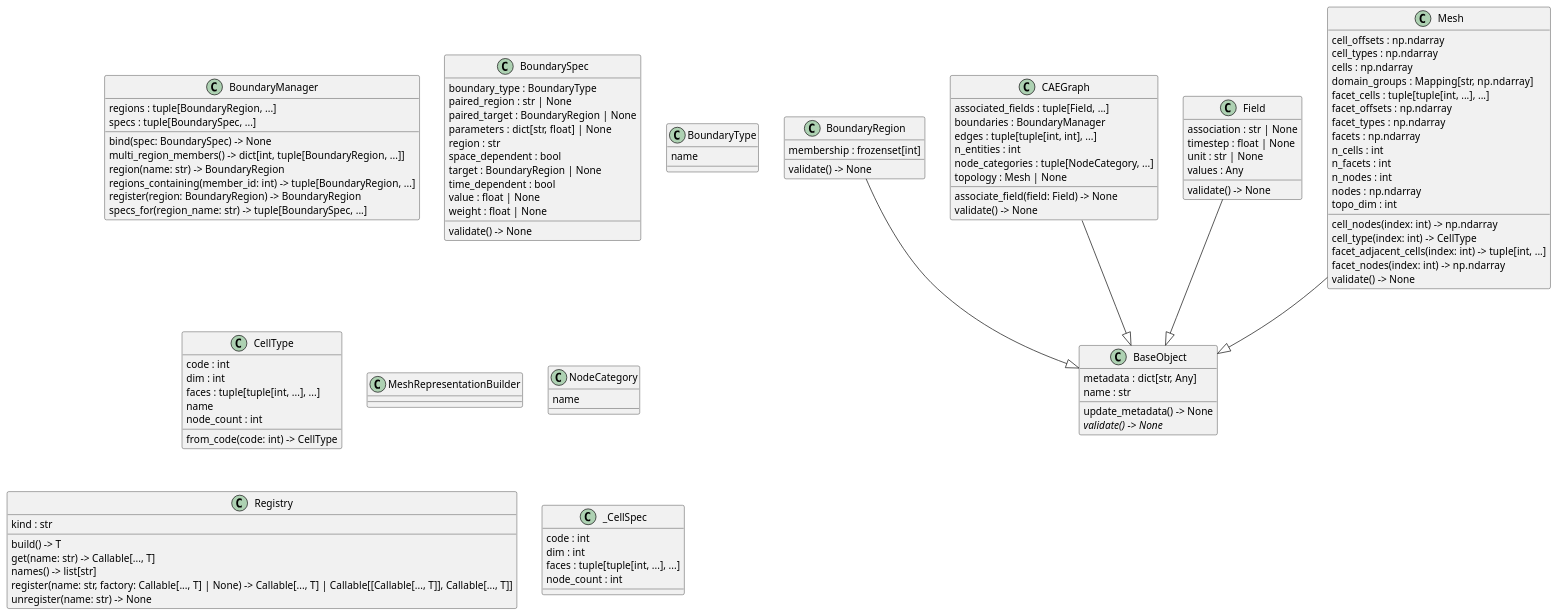
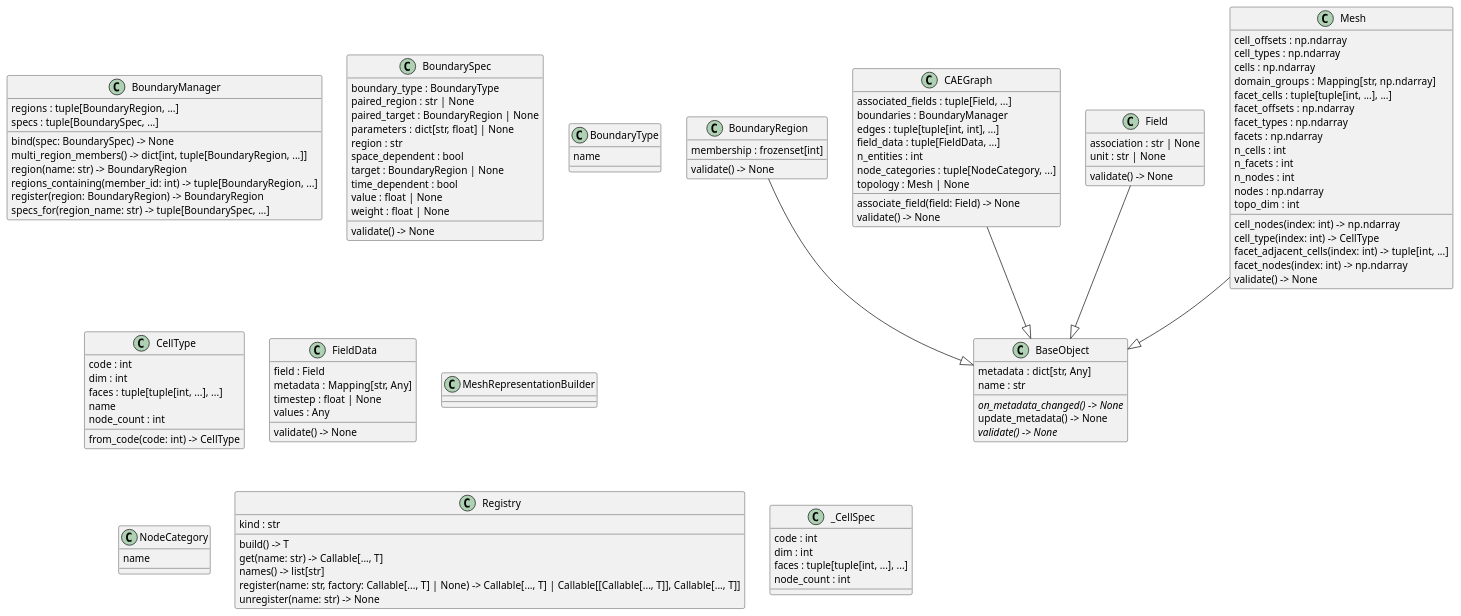
One commit to XYChouMian/caegraph changed the diagram in diagrams/generated/classes_caegraph.puml. Above: the diagram before and after it, drawn with PlantUML. The commit also changed 10 other files, not shown here.

Commit message:
docs: sync changelog, api pages, phase doc and generated uml for the field split

```diff
--- a/diagrams/generated/classes_caegraph.puml
+++ b/diagrams/generated/classes_caegraph.puml
@@ -1,107 +1,114 @@
 @startuml classes_caegraph
 set namespaceSeparator none
 class "BaseObject" as caegraph.core.base.BaseObject {
   metadata : dict[str, Any]
   name : str
+  {abstract}on_metadata_changed() -> None
   update_metadata() -> None
   {abstract}validate() -> None
 }
 class "BoundaryManager" as caegraph.core.boundary.manager.BoundaryManager {
   regions : tuple[BoundaryRegion, ...]
   specs : tuple[BoundarySpec, ...]
   bind(spec: BoundarySpec) -> None
   multi_region_members() -> dict[int, tuple[BoundaryRegion, ...]]
   region(name: str) -> BoundaryRegion
   regions_containing(member_id: int) -> tuple[BoundaryRegion, ...]
   register(region: BoundaryRegion) -> BoundaryRegion
   specs_for(region_name: str) -> tuple[BoundarySpec, ...]
 }
 class "BoundaryRegion" as caegraph.core.boundary.region.BoundaryRegion {
   membership : frozenset[int]
   validate() -> None
 }
 class "BoundarySpec" as caegraph.core.boundary.spec.BoundarySpec {
   boundary_type : BoundaryType
   paired_region : str | None
   paired_target : BoundaryRegion | None
   parameters : dict[str, float] | None
   region : str
   space_dependent : bool
   target : BoundaryRegion | None
   time_dependent : bool
   value : float | None
   weight : float | None
   validate() -> None
 }
 class "BoundaryType" as caegraph.core.enums.BoundaryType {
   name
 }
 class "CAEGraph" as caegraph.core.caegraph.CAEGraph {
   associated_fields : tuple[Field, ...]
   boundaries : BoundaryManager
   edges : tuple[tuple[int, int], ...]
+  field_data : tuple[FieldData, ...]
   n_entities : int
   node_categories : tuple[NodeCategory, ...]
   topology : Mesh | None
   associate_field(field: Field) -> None
   validate() -> None
 }
 class "CellType" as caegraph.core.topology.celltype.CellType {
   code : int
   dim : int
   faces : tuple[tuple[int, ...], ...]
   name
   node_count : int
   from_code(code: int) -> CellType
 }
 class "Field" as caegraph.core.field.Field {
   association : str | None
+  unit : str | None
+  validate() -> None
+}
+class "FieldData" as caegraph.core.field.FieldData {
+  field : Field
+  metadata : Mapping[str, Any]
   timestep : float | None
-  unit : str | None
   values : Any
   validate() -> None
 }
 class "Mesh" as caegraph.core.topology.mesh.Mesh {
   cell_offsets : np.ndarray
   cell_types : np.ndarray
   cells : np.ndarray
   domain_groups : Mapping[str, np.ndarray]
   facet_cells : tuple[tuple[int, ...], ...]
   facet_offsets : np.ndarray
   facet_types : np.ndarray
   facets : np.ndarray
   n_cells : int
   n_facets : int
   n_nodes : int
   nodes : np.ndarray
   topo_dim : int
   cell_nodes(index: int) -> np.ndarray
   cell_type(index: int) -> CellType
   facet_adjacent_cells(index: int) -> tuple[int, ...]
   facet_nodes(index: int) -> np.ndarray
   validate() -> None
 }
 class "MeshRepresentationBuilder" as caegraph.graph.builder.MeshRepresentationBuilder {
 }
 class "NodeCategory" as caegraph.core.enums.NodeCategory {
   name
 }
 class "Registry" as caegraph.core.registry.Registry {
   kind : str
   build() -> T
   get(name: str) -> Callable[..., T]
   names() -> list[str]
   register(name: str, factory: Callable[..., T] | None) -> Callable[..., T] | Callable[[Callable[..., T]], Callable[..., T]]
   unregister(name: str) -> None
 }
 class "_CellSpec" as caegraph.core.topology.celltype._CellSpec {
   code : int
   dim : int
   faces : tuple[tuple[int, ...], ...]
   node_count : int
 }
 caegraph.core.boundary.region.BoundaryRegion --|> caegraph.core.base.BaseObject
 caegraph.core.caegraph.CAEGraph --|> caegraph.core.base.BaseObject
 caegraph.core.field.Field --|> caegraph.core.base.BaseObject
 caegraph.core.topology.mesh.Mesh --|> caegraph.core.base.BaseObject
 @enduml
```
